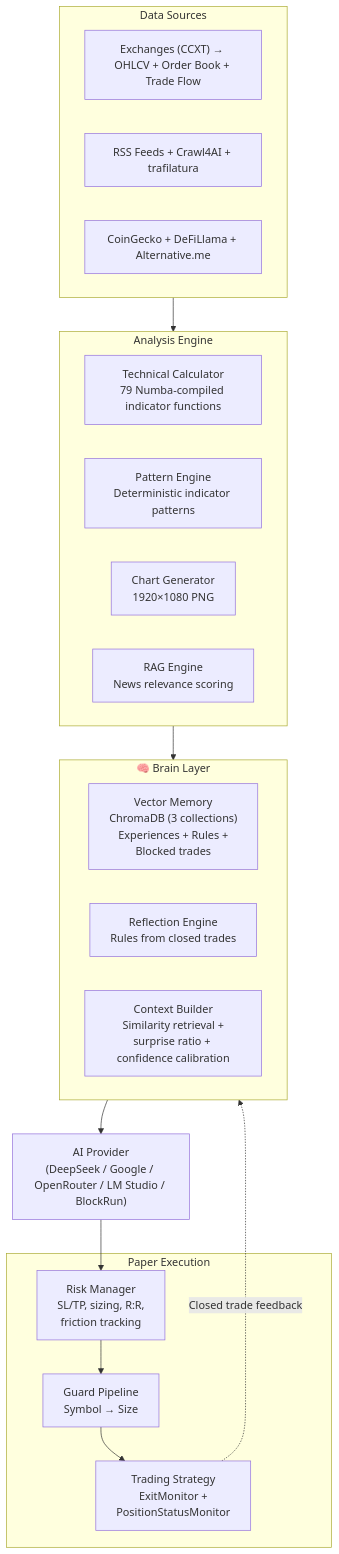
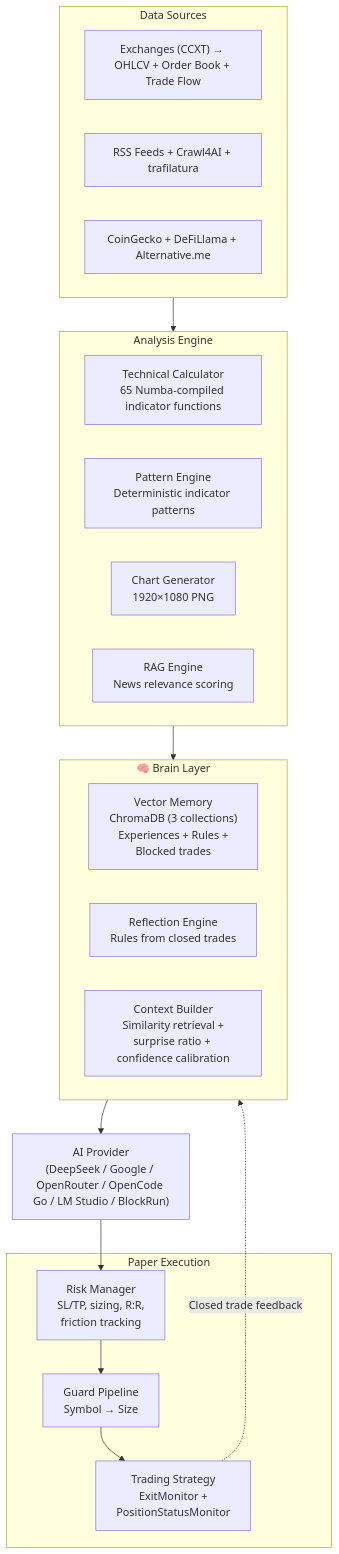
Before and after one commit to zqf20096327/ai_collect: the diagram in data/readmes/qrak__LLM_trader.md, drawn with Mermaid. The commit also changed other lines of this file and 3267 other files, not shown here.

````diff
--- a/data/readmes/qrak__LLM_trader.md
+++ b/data/readmes/qrak__LLM_trader.md
@@ -97,29 +104,29 @@
 ```mermaid
 flowchart TB
     subgraph Data["Data Sources"]
         EX["Exchanges (CCXT) → OHLCV + Order Book + Trade Flow"]
         NEWS["RSS Feeds + Crawl4AI + trafilatura"]
         FUND["CoinGecko + DeFiLlama + Alternative.me"]
     end
     subgraph Analysis["Analysis Engine"]
-        TC["Technical Calculator<br/>79 Numba-compiled indicator functions"]
+        TC["Technical Calculator<br/>65 Numba-compiled indicator functions"]
         PE["Pattern Engine<br/>Deterministic indicator patterns"]
         CG["Chart Generator<br/>1920×1080 PNG"]
         RAG["RAG Engine<br/>News relevance scoring"]
     end
     subgraph Brain["🧠 Brain Layer"]
         VM["Vector Memory<br/>ChromaDB (3 collections)<br/>Experiences + Rules +<br/>Blocked trades"]
         REFL["Reflection Engine<br/>Rules from closed trades"]
         CTX["Context Builder<br/>Similarity retrieval +<br/>surprise ratio + confidence calibration"]
     end
     subgraph Execution["Paper Execution"]
         RP["Risk Manager<br/>SL/TP, sizing, R:R,<br/>friction tracking"]
         GP["Guard Pipeline<br/>Symbol → Size"]
         STRAT["Trading Strategy<br/>ExitMonitor +<br/>PositionStatusMonitor"]
     end
     Data --> Analysis
     Analysis --> Brain
-    Brain --> AI["AI Provider<br/>(DeepSeek / Google / OpenRouter / LM Studio / BlockRun)"]
+    Brain --> AI["AI Provider<br/>(DeepSeek / Google / OpenRouter / OpenCode Go / LM Studio / BlockRun)"]
     AI --> RP --> GP --> STRAT
     STRAT -.->|Closed trade feedback| Brain
 ```
````
